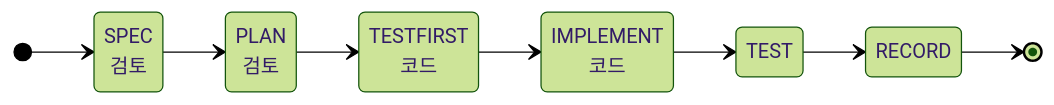
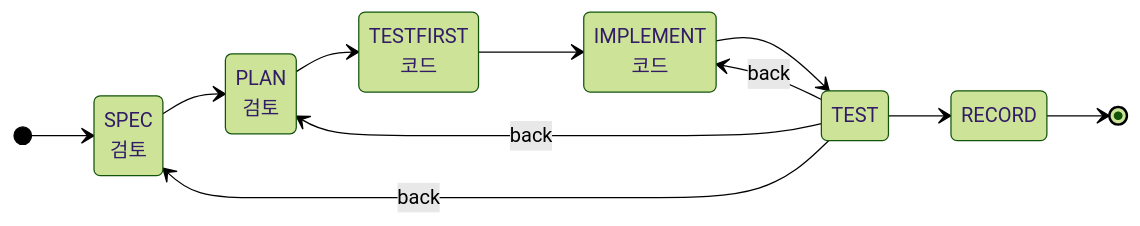
The first of 2 diagrams in README.md (taejeong0416/dynamic-stagegate-harness), drawn with Mermaid (forest theme) before and after one commit. The commit also changed other lines of this file and 3 other files, not shown here.

````diff
--- a/README.md
+++ b/README.md
@@ -20,15 +20,18 @@
 ```mermaid
 stateDiagram-v2
     direction LR
     state "SPEC<br>검토" as SPEC
     state "PLAN<br>검토" as PLAN
     state "TESTFIRST<br>코드" as TESTFIRST
     state "IMPLEMENT<br>코드" as IMPLEMENT
     [*] --> SPEC
     SPEC --> PLAN
     PLAN --> TESTFIRST
     TESTFIRST --> IMPLEMENT
     IMPLEMENT --> TEST
     TEST --> RECORD
     RECORD --> [*]
+    TEST --> IMPLEMENT : back
+    TEST --> PLAN : back
+    TEST --> SPEC : back
 ```
````
